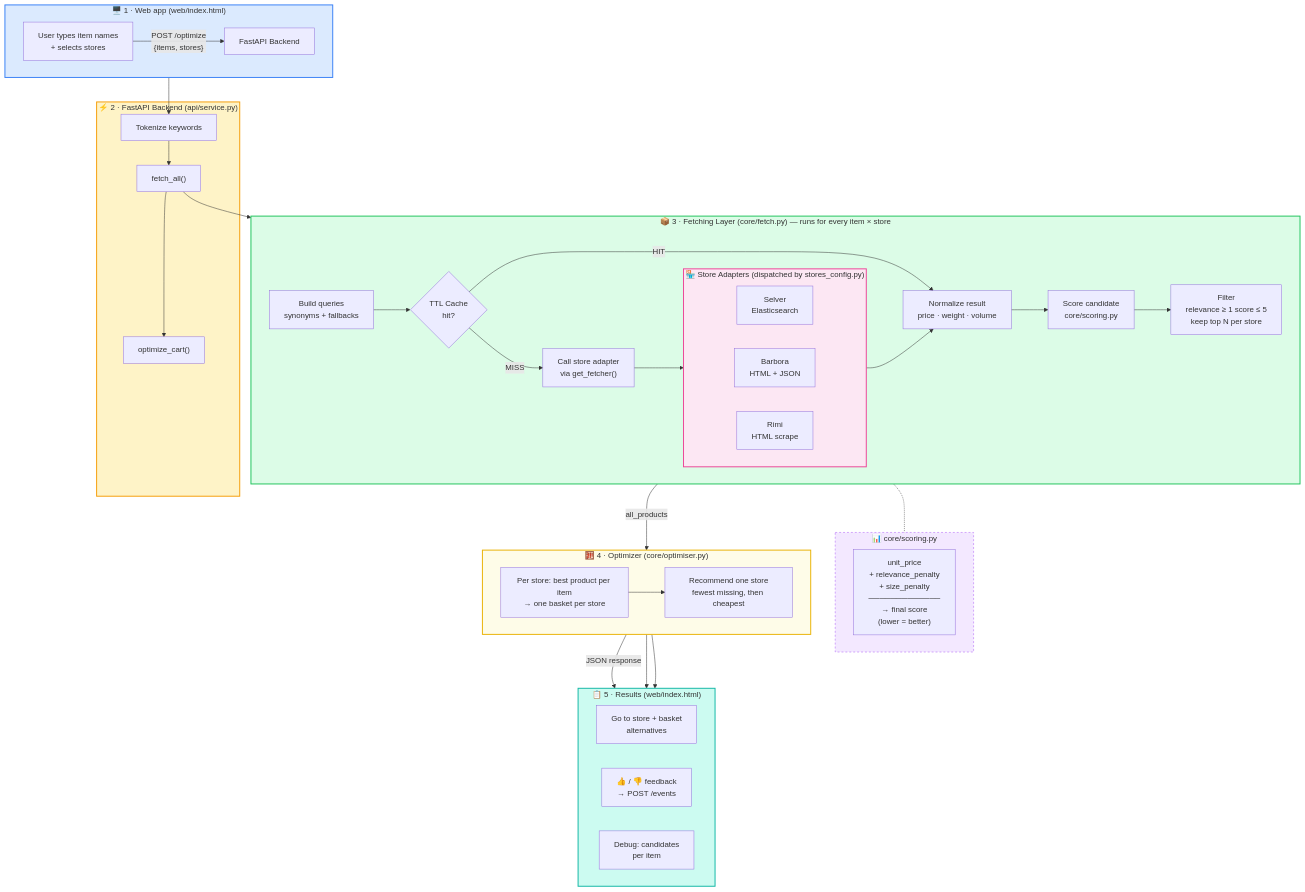
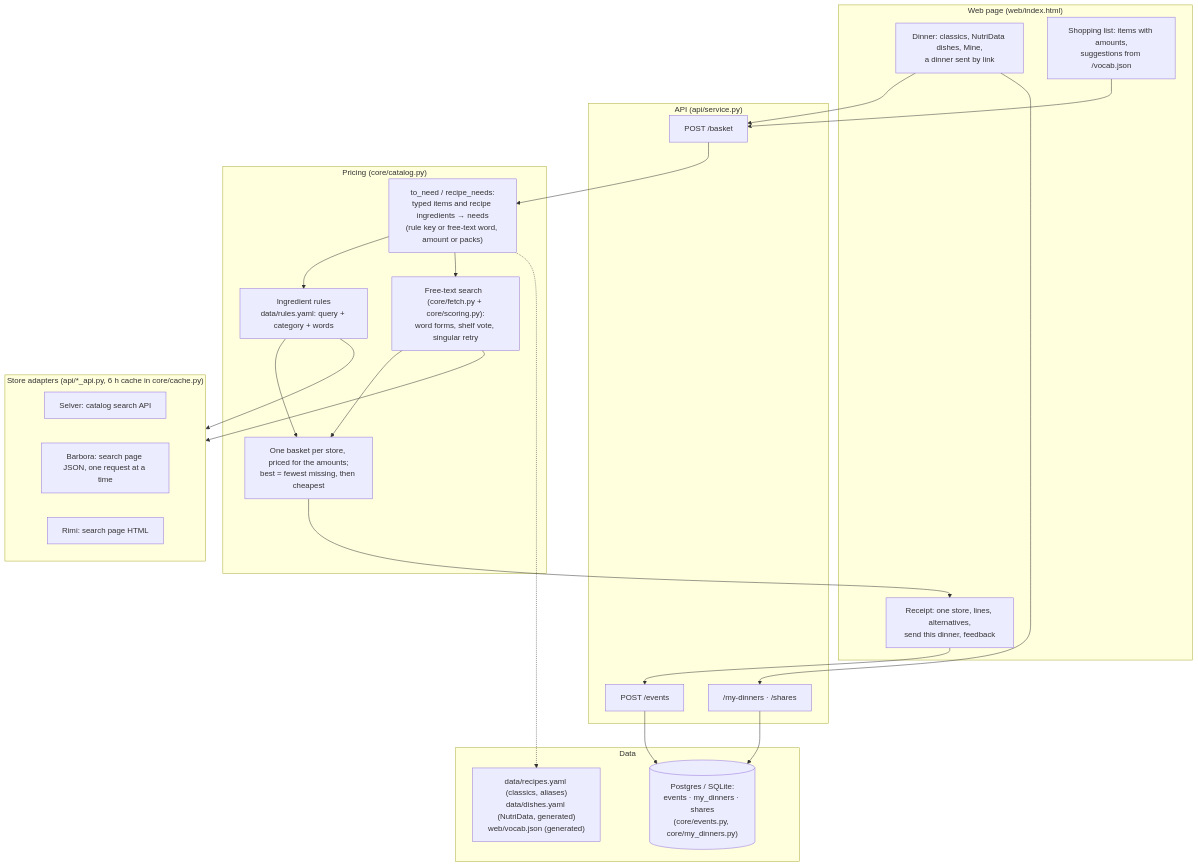
The diagram in diagram.md (andreasordano/grocery), drawn with Mermaid before and after one commit. The commit also changed other lines of this file and 13 other files, not shown here.

````diff
--- a/diagram.md
+++ b/diagram.md
@@ -37,68 +6,42 @@
 ```mermaid
 flowchart TD
-
-    %% ── STEP 1: UI ───────────────────────────────────────────
-    subgraph UI["🖥️ 1 · Web app  (web/index.html)"]
-        direction LR
-        A["User types item names\n+ selects stores"] -->|"POST /optimize\n{items, stores}"| B["FastAPI Backend"]
+    subgraph WEB["Web page  (web/index.html)"]
+        D["Dinner: classics, NutriData dishes, Mine,<br/>a dinner sent by link"]
+        L["Shopping list: items with amounts,<br/>suggestions from /vocab.json"]
+        R["Receipt: one store, lines, alternatives,<br/>send this dinner, feedback"]
     end
 
-    %% ── STEP 2: API ──────────────────────────────────────────
-    subgraph API["⚡ 2 · FastAPI Backend  (api/service.py)"]
-        B --> B1["Tokenize keywords"]
-        B1 --> B2["fetch_all()"]
-        B2 --> B3["optimize_cart()"]
+    subgraph API["API  (api/service.py)"]
+        B["POST /basket"]
+        M["/my-dinners · /shares"]
+        E["POST /events"]
     end
 
-    %% ── STEP 3: FETCH ────────────────────────────────────────
-    subgraph FETCH["📦 3 · Fetching Layer  (core/fetch.py)    —    runs for every item × store"]
-        direction LR
-        B2 --> C1["Build queries\nsynonyms + fallbacks"]
-        C1 --> C2{"TTL Cache\nhit?"}
-        C2 -->|"HIT"| C4
-        C2 -->|"MISS"| C3["Call store adapter\nvia get_fetcher()"]
-        C3 --> C3b["Store APIs"]
-        C3b --> C4["Normalize result\nprice · weight · volume"]
-        C4 --> C5["Score candidate\ncore/scoring.py"]
-        C5 --> C6["Filter\nrelevance ≥ 1  score ≤ 5\nkeep top N per store"]
+    subgraph CORE["Pricing  (core/catalog.py)"]
+        N["to_need / recipe_needs:<br/>typed items and recipe ingredients → needs<br/>(rule key or free-text word, amount or packs)"]
+        RU["Ingredient rules<br/>data/rules.yaml: query + category + words"]
+        FT["Free-text search  (core/fetch.py + core/scoring.py):<br/>word forms, shelf vote, singular retry"]
+        BK["One basket per store, priced for the amounts;<br/>best = fewest missing, then cheapest"]
     end
 
-    %% ── STEP 3a: STORE ADAPTERS ──────────────────────────────
-    subgraph C3b["🏪 Store Adapters  (dispatched by stores_config.py)"]
-        direction LR
-        S1["Selver\nElasticsearch"]
-        S2["Barbora\nHTML + JSON"]
-        S3["Rimi\nHTML scrape"]
+    subgraph STORES["Store adapters  (api/*_api.py, 6 h cache in core/cache.py)"]
+        S1["Selver: catalog search API"]
+        S2["Barbora: search page JSON, one request at a time"]
+        S3["Rimi: search page HTML"]
     end
 
-    %% ── STEP 3b: SCORING ─────────────────────────────────────
-    subgraph SCORING["📊 core/scoring.py"]
-        direction LR
-        SC["unit_price\n+ relevance_penalty\n+ size_penalty\n─────────────\n→ final score\n(lower = better)"]
-    end
-    C5 -.- SCORING
-
-    %% ── STEP 4: OPTIMIZER ────────────────────────────────────
-    subgraph OPT["🧮 4 · Optimizer  (core/optimiser.py)"]
-        direction LR
-        C6 -->|"all_products"| O1["Per store: best product per item\n→ one basket per store"]
-        O1 --> O2["Recommend one store\nfewest missing, then cheapest"]
+    subgraph DATA["Data"]
+        Y["data/recipes.yaml (classics, aliases)<br/>data/dishes.yaml (NutriData, generated)<br/>web/vocab.json (generated)"]
+        DB[("Postgres / SQLite:<br/>events · my_dinners · shares<br/>(core/events.py, core/my_dinners.py)")]
     end
 
-    %% ── STEP 5: RESULTS ──────────────────────────────────────
-    subgraph RESULTS["📋 5 · Results  (web/index.html)"]
-        direction LR
-        O2 -->|"JSON response"| R1["Go to store + basket\nalternatives"]
-        O2 --> R2["👍 / 👎 feedback\n→ POST /events"]
-        O2 --> R3["Debug: candidates\nper item"]
-    end
-
-    %% ── STYLES ───────────────────────────────────────────────
-    style UI      fill:#dbeafe,stroke:#3b82f6,stroke-width:2px
-    style API     fill:#fef3c7,stroke:#f59e0b,stroke-width:2px
-    style FETCH   fill:#dcfce7,stroke:#22c55e,stroke-width:2px
-    style C3b     fill:#fce7f3,stroke:#ec4899,stroke-width:2px
-    style SCORING fill:#f3e8ff,stroke:#a855f7,stroke-width:1px,stroke-dasharray:4
-    style OPT     fill:#fefce8,stroke:#eab308,stroke-width:2px
-    style RESULTS fill:#ccfbf1,stroke:#14b8a6,stroke-width:2px
+    D --> B
+    L --> B
+    B --> N --> RU --> STORES
+    N --> FT --> STORES
+    RU --> BK
+    FT --> BK --> R
+    D --> M --> DB
+    R --> E --> DB
+    N -.-> Y
 ```
````
